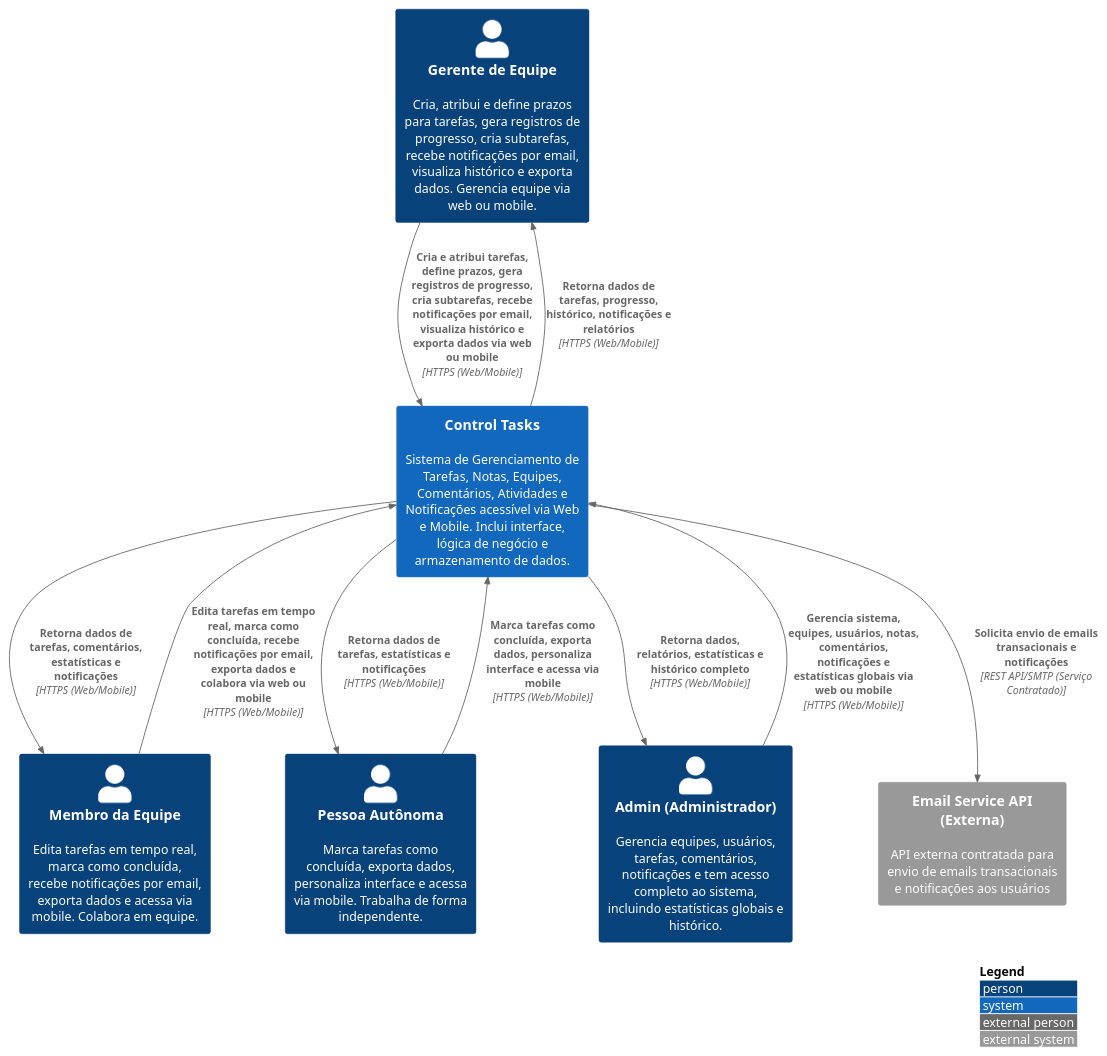
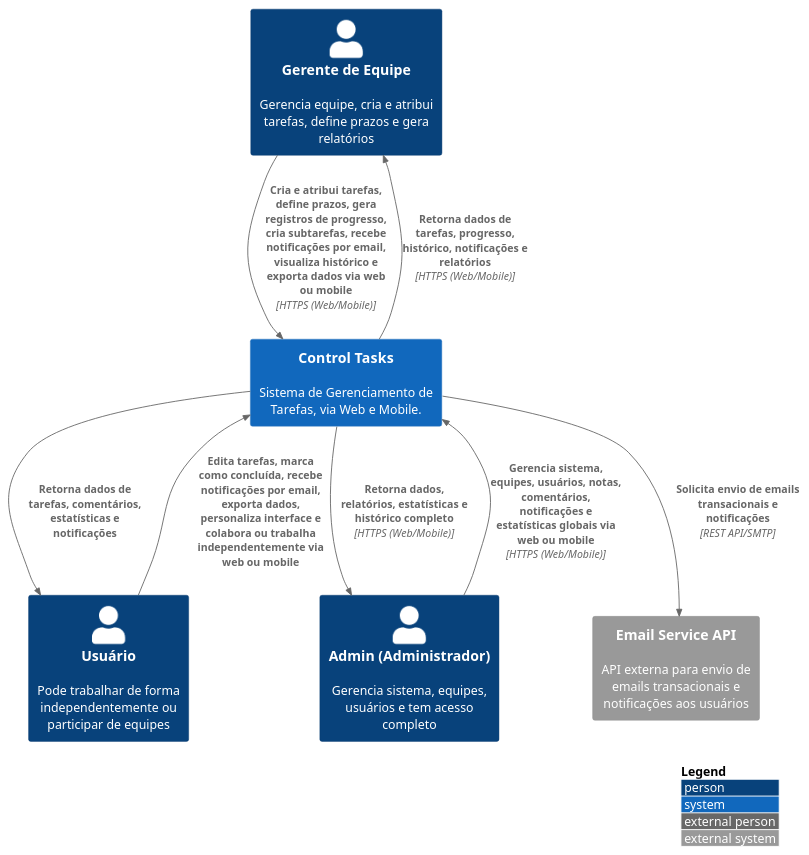
One commit to juliocesarfs/tjgo-projeto-software changed the diagram in diagramas c4/DIAGRAMA_C4_CONTEXTO.puml. Above: the diagram before and after it, drawn with PlantUML. The commit also changed 1 other file, not shown here.

Commit message:
docs: update C4 context diagram and refine user roles descriptions

```diff
--- a/diagramas c4/DIAGRAMA_C4_CONTEXTO.puml
+++ b/diagramas c4/DIAGRAMA_C4_CONTEXTO.puml
@@ -1,70 +1,64 @@
 @startuml C4_Context_ControlTasks
 
 !include https://raw.githubusercontent.com/plantuml-stdlib/C4-PlantUML/master/C4_Context.puml
 
 ' ============================================================================
 ' SYSTEM CONTEXT DIAGRAM - Level 1
 ' Control Tasks - Sistema de Gerenciamento de Tarefas, Notas, Equipes, Comentários, Atividades e Notificações (Web e Mobile)
 ' ============================================================================
 
 LAYOUT_WITH_LEGEND()
 
 ' ============================================================================
 ' ATORES / USUÁRIOS
 ' ============================================================================
-Person(teamManager, "Gerente de Equipe", "Cria, atribui e define prazos para tarefas, gera registros de progresso, cria subtarefas, recebe notificações por email, visualiza histórico e exporta dados. Gerencia equipe via web ou mobile.")
+Person(teamManager, "Gerente de Equipe", "Gerencia equipe, cria e atribui tarefas, define prazos e gera relatórios")
 
-Person(teamMember, "Membro da Equipe", "Edita tarefas em tempo real, marca como concluída, recebe notificações por email, exporta dados e acessa via mobile. Colabora em equipe.")
+Person(user, "Usuário", "Pode trabalhar de forma independentemente ou participar de equipes")
 
-Person(autonomous, "Pessoa Autônoma", "Marca tarefas como concluída, exporta dados, personaliza interface e acessa via mobile. Trabalha de forma independente.")
-
-Person(adminPerson, "Admin (Administrador)", "Gerencia equipes, usuários, tarefas, comentários, notificações e tem acesso completo ao sistema, incluindo estatísticas globais e histórico.")
+Person(adminPerson, "Admin (Administrador)", "Gerencia sistema, equipes, usuários e tem acesso completo")
 
 
 
 
 ' ============================================================================
 ' SISTEMA PRINCIPAL
 ' ============================================================================
-System(controlTasks, "Control Tasks", "Sistema de Gerenciamento de Tarefas, Notas, Equipes, Comentários, Atividades e Notificações acessível via Web e Mobile. Inclui interface, lógica de negócio e armazenamento de dados.")
+System(controlTasks, "Control Tasks", "Sistema de Gerenciamento de Tarefas, via Web e Mobile.")
 
 ' ============================================================================
 ' BANCO DE DADOS
 ' ============================================================================
 
 
 ' ============================================================================
 ' SISTEMAS EXTERNOS (FUTURO)
 ' ============================================================================
-System_Ext(emailService, "Email Service API (Externa)", "API externa contratada para envio de emails transacionais e notificações aos usuários")
+System_Ext(emailService, "Email Service API", "API externa para envio de emails transacionais e notificações aos usuários")
 
 ' ============================================================================
 ' RELACIONAMENTOS
 ' ============================================================================
 
 
 
 
 
 ' Gerente de Equipe
 Rel(teamManager, controlTasks, "Cria e atribui tarefas, define prazos, gera registros de progresso, cria subtarefas, recebe notificações por email, visualiza histórico e exporta dados via web ou mobile", "HTTPS (Web/Mobile)")
 Rel(controlTasks, teamManager, "Retorna dados de tarefas, progresso, histórico, notificações e relatórios", "HTTPS (Web/Mobile)")
 
-' Membro da Equipe
-Rel(teamMember, controlTasks, "Edita tarefas em tempo real, marca como concluída, recebe notificações por email, exporta dados e colabora via web ou mobile", "HTTPS (Web/Mobile)")
-Rel(controlTasks, teamMember, "Retorna dados de tarefas, comentários, estatísticas e notificações", "HTTPS (Web/Mobile)")
-
-' Pessoa Autônoma
-Rel(autonomous, controlTasks, "Marca tarefas como concluída, exporta dados, personaliza interface e acessa via mobile", "HTTPS (Web/Mobile)")
-Rel(controlTasks, autonomous, "Retorna dados de tarefas, estatísticas e notificações", "HTTPS (Web/Mobile)")
+' Usuário
+Rel(user, controlTasks, "Edita tarefas, marca como concluída, recebe notificações por email, exporta dados, personaliza interface e colabora ou trabalha independentemente via web ou mobile")
+Rel(controlTasks, user, "Retorna dados de tarefas, comentários, estatísticas e notificações")
 
 ' Admin
 Rel(adminPerson, controlTasks, "Gerencia sistema, equipes, usuários, notas, comentários, notificações e estatísticas globais via web ou mobile", "HTTPS (Web/Mobile)")
 Rel(controlTasks, adminPerson, "Retorna dados, relatórios, estatísticas e histórico completo", "HTTPS (Web/Mobile)")
 
 
 
 ' Integração com Email
-Rel(controlTasks, emailService, "Solicita envio de emails transacionais e notificações", "REST API/SMTP (Serviço Contratado)")
+Rel(controlTasks, emailService, "Solicita envio de emails transacionais e notificações", "REST API/SMTP")
 
 @enduml
```
